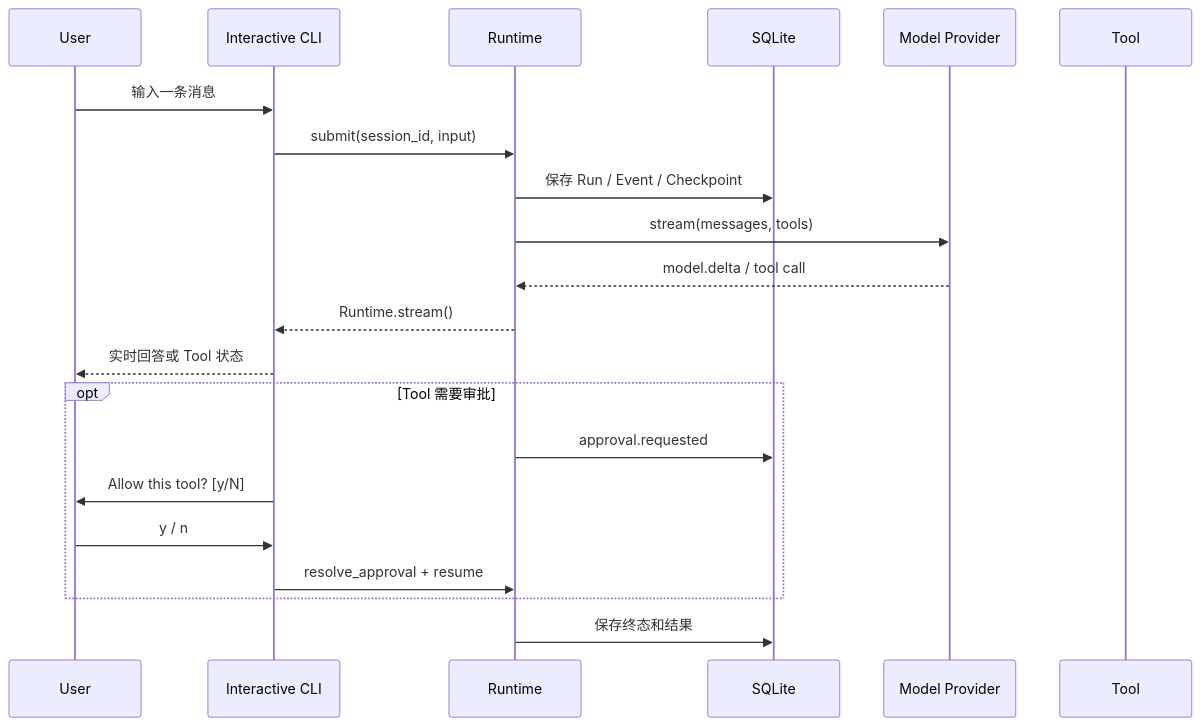
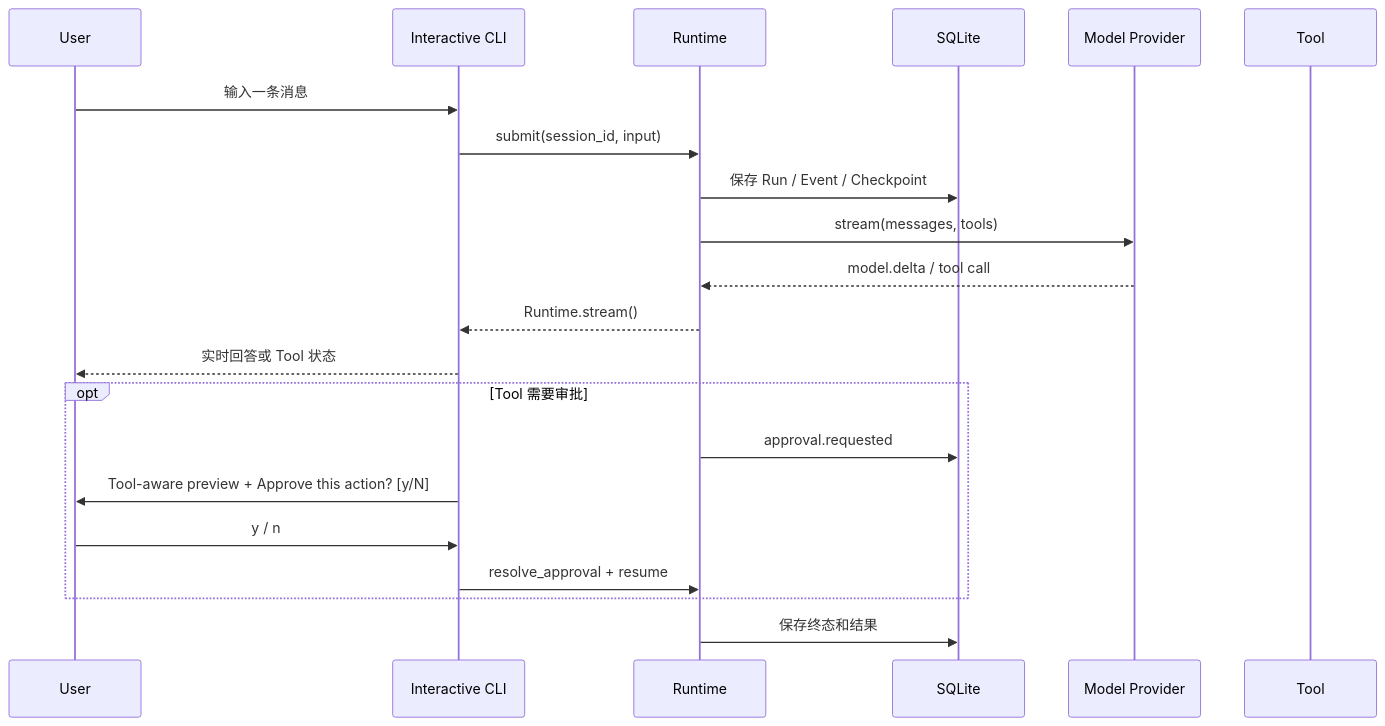
The diagram in docs/INTERACTIVE_CLI.md (fantoagi/agent-runtime), drawn with Mermaid before and after one commit. The commit also changed other lines of this file and 45 other files, not shown here.

````diff
--- a/docs/INTERACTIVE_CLI.md
+++ b/docs/INTERACTIVE_CLI.md
@@ -17,24 +17,24 @@
 ```mermaid
 sequenceDiagram
     participant U as User
     participant C as Interactive CLI
     participant R as Runtime
     participant D as SQLite
     participant M as Model Provider
     participant T as Tool
 
     U->>C: 输入一条消息
     C->>R: submit(session_id, input)
     R->>D: 保存 Run / Event / Checkpoint
     R->>M: stream(messages, tools)
     M-->>R: model.delta / tool call
     R-->>C: Runtime.stream()
     C-->>U: 实时回答或 Tool 状态
     opt Tool 需要审批
         R->>D: approval.requested
-        C->>U: Allow this tool? [y/N]
+        C->>U: Tool-aware preview + Approve this action? [y/N]
         U->>C: y / n
         C->>R: resolve_approval + resume
     end
     R->>D: 保存终态和结果
 ```
````
